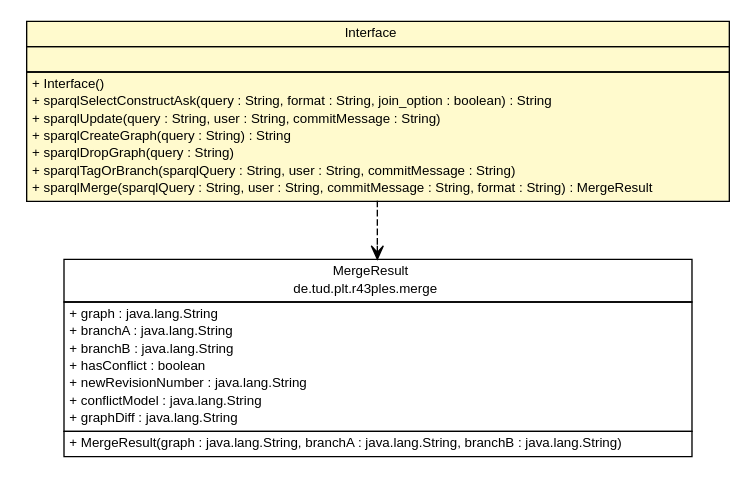
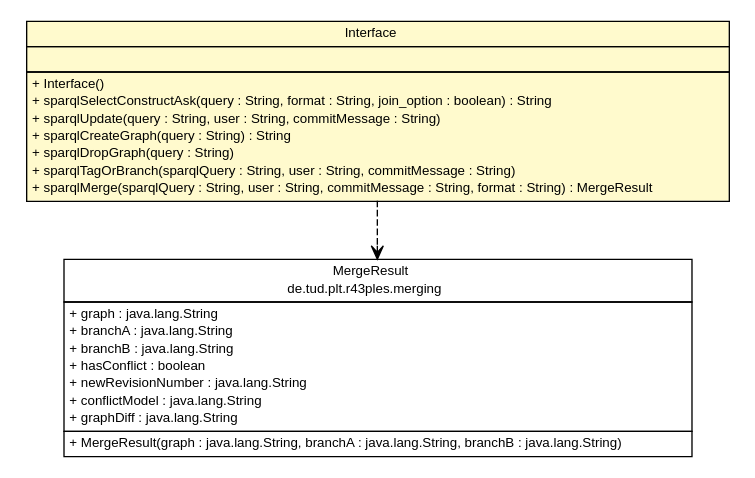
The diagram in site/apidocs/de/tud/plt/r43ples/management/Interface.dot (adrianorzyszek/r43ples), drawn with Graphviz before and after one commit. The commit also changed 647 other files, not shown here.

```diff
--- a/site/apidocs/de/tud/plt/r43ples/management/Interface.dot
+++ b/site/apidocs/de/tud/plt/r43ples/management/Interface.dot
@@ -1,51 +1,51 @@
 #!/usr/local/bin/dot
 #
 # Class diagram 
 # Generated by UMLGraph version R5_6-24-gf6e263 (http://www.umlgraph.org/)
 #
 
 digraph G {
 	edge [fontname="Helvetica",fontsize=10,labelfontname="Helvetica",labelfontsize=10];
 	node [fontname="Helvetica",fontsize=10,shape=plaintext];
 	nodesep=0.25;
 	ranksep=0.5;
+	// de.tud.plt.r43ples.merging.MergeResult
+	c2877 [label=<<table title="de.tud.plt.r43ples.merging.MergeResult" border="0" cellborder="1" cellspacing="0" cellpadding="2" port="p" href="../merging/MergeResult.html">
+		<tr><td><table border="0" cellspacing="0" cellpadding="1">
+<tr><td align="center" balign="center"> MergeResult </td></tr>
+<tr><td align="center" balign="center"> de.tud.plt.r43ples.merging </td></tr>
+		</table></td></tr>
+		<tr><td><table border="0" cellspacing="0" cellpadding="1">
+<tr><td align="left" balign="left"> + graph : java.lang.String </td></tr>
+<tr><td align="left" balign="left"> + branchA : java.lang.String </td></tr>
+<tr><td align="left" balign="left"> + branchB : java.lang.String </td></tr>
+<tr><td align="left" balign="left"> + hasConflict : boolean </td></tr>
+<tr><td align="left" balign="left"> + newRevisionNumber : java.lang.String </td></tr>
+<tr><td align="left" balign="left"> + conflictModel : java.lang.String </td></tr>
+<tr><td align="left" balign="left"> + graphDiff : java.lang.String </td></tr>
+		</table></td></tr>
+		<tr><td><table border="0" cellspacing="0" cellpadding="1">
+<tr><td align="left" balign="left"> + MergeResult(graph : java.lang.String, branchA : java.lang.String, branchB : java.lang.String) </td></tr>
+		</table></td></tr>
+		</table>>, URL="../merging/MergeResult.html", fontname="Helvetica", fontcolor="black", fontsize=10.0];
 	// de.tud.plt.r43ples.management.Interface
-	c3026 [label=<<table title="de.tud.plt.r43ples.management.Interface" border="0" cellborder="1" cellspacing="0" cellpadding="2" port="p" bgcolor="lemonChiffon" href="./Interface.html">
+	c2885 [label=<<table title="de.tud.plt.r43ples.management.Interface" border="0" cellborder="1" cellspacing="0" cellpadding="2" port="p" bgcolor="lemonChiffon" href="./Interface.html">
 		<tr><td><table border="0" cellspacing="0" cellpadding="1">
 <tr><td align="center" balign="center"> Interface </td></tr>
 		</table></td></tr>
 		<tr><td><table border="0" cellspacing="0" cellpadding="1">
 <tr><td align="left" balign="left">  </td></tr>
 		</table></td></tr>
 		<tr><td><table border="0" cellspacing="0" cellpadding="1">
 <tr><td align="left" balign="left"> + Interface() </td></tr>
 <tr><td align="left" balign="left"> + sparqlSelectConstructAsk(query : String, format : String, join_option : boolean) : String </td></tr>
 <tr><td align="left" balign="left"> + sparqlUpdate(query : String, user : String, commitMessage : String) </td></tr>
 <tr><td align="left" balign="left"> + sparqlCreateGraph(query : String) : String </td></tr>
 <tr><td align="left" balign="left"> + sparqlDropGraph(query : String) </td></tr>
 <tr><td align="left" balign="left"> + sparqlTagOrBranch(sparqlQuery : String, user : String, commitMessage : String) </td></tr>
 <tr><td align="left" balign="left"> + sparqlMerge(sparqlQuery : String, user : String, commitMessage : String, format : String) : MergeResult </td></tr>
 		</table></td></tr>
 		</table>>, URL="./Interface.html", fontname="Helvetica", fontcolor="black", fontsize=10.0];
-	// de.tud.plt.r43ples.merge.MergeResult
-	c3036 [label=<<table title="de.tud.plt.r43ples.merge.MergeResult" border="0" cellborder="1" cellspacing="0" cellpadding="2" port="p" href="../merge/MergeResult.html">
-		<tr><td><table border="0" cellspacing="0" cellpadding="1">
-<tr><td align="center" balign="center"> MergeResult </td></tr>
-<tr><td align="center" balign="center"> de.tud.plt.r43ples.merge </td></tr>
-		</table></td></tr>
-		<tr><td><table border="0" cellspacing="0" cellpadding="1">
-<tr><td align="left" balign="left"> + graph : java.lang.String </td></tr>
-<tr><td align="left" balign="left"> + branchA : java.lang.String </td></tr>
-<tr><td align="left" balign="left"> + branchB : java.lang.String </td></tr>
-<tr><td align="left" balign="left"> + hasConflict : boolean </td></tr>
-<tr><td align="left" balign="left"> + newRevisionNumber : java.lang.String </td></tr>
-<tr><td align="left" balign="left"> + conflictModel : java.lang.String </td></tr>
-<tr><td align="left" balign="left"> + graphDiff : java.lang.String </td></tr>
-		</table></td></tr>
-		<tr><td><table border="0" cellspacing="0" cellpadding="1">
-<tr><td align="left" balign="left"> + MergeResult(graph : java.lang.String, branchA : java.lang.String, branchB : java.lang.String) </td></tr>
-		</table></td></tr>
-		</table>>, URL="../merge/MergeResult.html", fontname="Helvetica", fontcolor="black", fontsize=10.0];
-	// de.tud.plt.r43ples.management.Interface DEPEND de.tud.plt.r43ples.merge.MergeResult
-	c3026:p -> c3036:p [taillabel="", label="", headlabel="", fontname="Helvetica", fontcolor="black", fontsize=10.0, color="black", arrowhead=open, style=dashed];
+	// de.tud.plt.r43ples.management.Interface DEPEND de.tud.plt.r43ples.merging.MergeResult
+	c2885:p -> c2877:p [taillabel="", label="", headlabel="", fontname="Helvetica", fontcolor="black", fontsize=10.0, color="black", arrowhead=open, style=dashed];
 }
```
